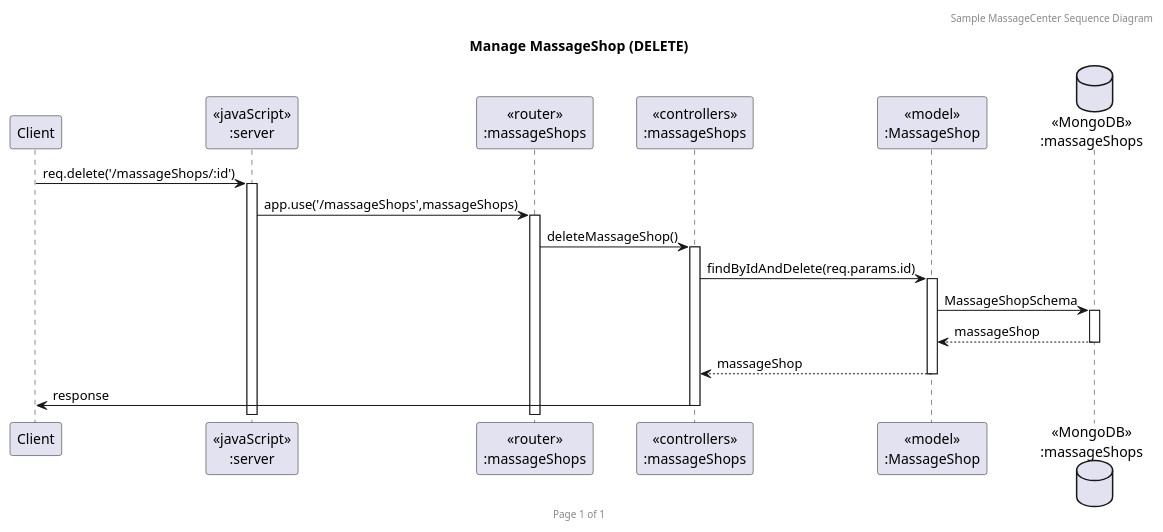
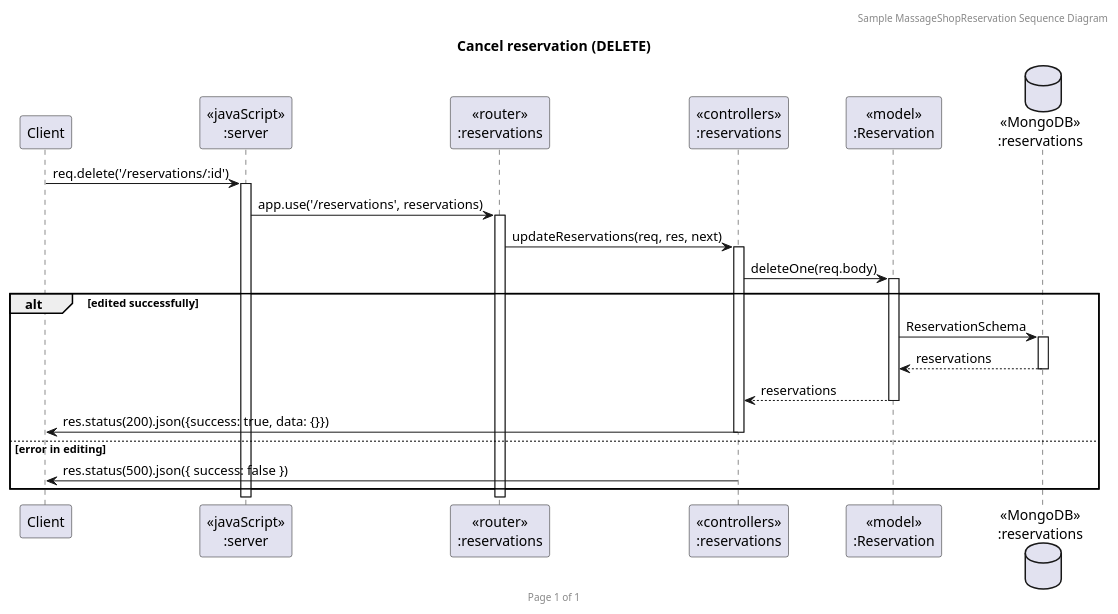
One commit to 2110503TACEDT66/presentation-day-1-dale-mai-mi-chip changed the diagram in sequence_diagram/delete.puml. Above: the diagram before and after it, drawn with PlantUML. The commit also changed 1 other file, not shown here.

Commit message:
fix code delete

```diff
--- a/sequence_diagram/delete.puml
+++ b/sequence_diagram/delete.puml
@@ -1,23 +1,28 @@
-@startuml Manage MassageShop (DELETE)
+@startuml Delete Reservations (DELETE)
 
-header Sample MassageCenter Sequence Diagram
+header Sample MassageShopReservation Sequence Diagram
 footer Page %page% of %lastpage%
-title "Manage MassageShop (DELETE)"
+title "Cancel reservation (DELETE)"
 
 participant "Client" as client
 participant "<<javaScript>>\n:server" as server
-participant "<<router>>\n:massageShops" as routerMassageShops
-participant "<<controllers>>\n:massageShops" as controllersMassageShops
-participant "<<model>>\n:MassageShop" as modelMassageShop
-database "<<MongoDB>>\n:massageShops" as MassageShopsDatabase
+participant "<<router>>\n:reservations" as routerReservation
+participant "<<controllers>>\n:reservations" as controllersReservation
+participant "<<model>>\n:Reservation" as modelReservation
+database "<<MongoDB>>\n:reservations" as ReservationDatabase
 
-client->server ++:req.delete('/massageShops/:id')
-server->routerMassageShops ++:app.use('/massageShops',massageShops)
-routerMassageShops -> controllersMassageShops ++:deleteMassageShop()
-controllersMassageShops->modelMassageShop ++:findByIdAndDelete(req.params.id)
-modelMassageShop ->MassageShopsDatabase ++: MassageShopSchema
-MassageShopsDatabase --> modelMassageShop --: massageShop
-controllersMassageShops <-- modelMassageShop --: massageShop
-controllersMassageShops ->client --:response
 
+client->server ++:req.delete('/reservations/:id')
+server->routerReservation ++:app.use('/reservations', reservations)
+routerReservation -> controllersReservation ++: updateReservations(req, res, next)
+controllersReservation->modelReservation ++: deleteOne(req.body)
+
+alt edited successfully
+ modelReservation ->ReservationDatabase ++: ReservationSchema
+  ReservationDatabase --> modelReservation --: reservations
+  controllersReservation <-- modelReservation --: reservations
+  controllersReservation->client --: res.status(200).json({success: true, data: {}})
+else error in editing
+  controllersReservation->client --: res.status(500).json({ success: false })
+end
 @enduml
```
